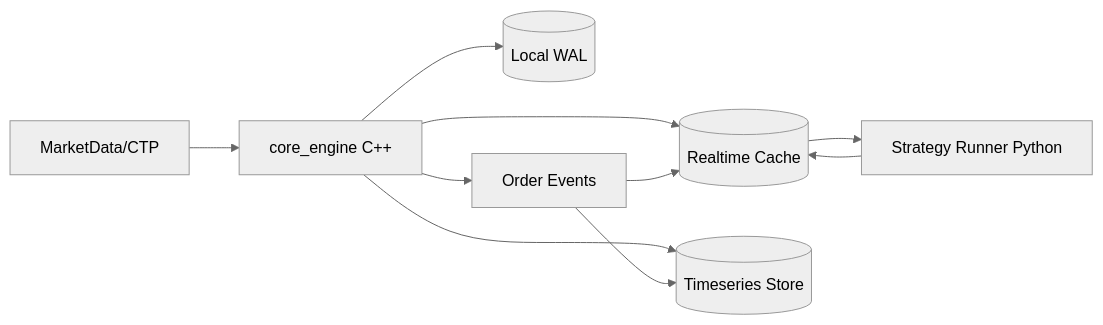
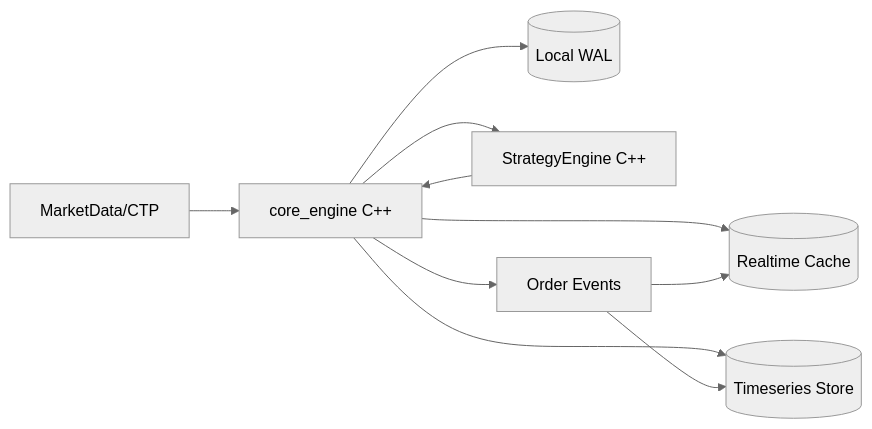
One commit to zhaofei0923/quant_platform_HF changed the first of 2 diagrams in develop/01-系统架构设计/01-01-整体架构图与技术栈选型.md. Above: the diagram before and after it, drawn with Mermaid (neutral theme). The commit also changed other lines of this file and 25 other files, not shown here.

````diff
--- a/develop/01-系统架构设计/01-01-整体架构图与技术栈选型.md
+++ b/develop/01-系统架构设计/01-01-整体架构图与技术栈选型.md
@@ -20,12 +16,12 @@
 ```mermaid
 flowchart LR
     MD[MarketData/CTP] --> CE[core_engine C++]
     CE --> RC[(Realtime Cache)]
     CE --> TS[(Timeseries Store)]
     CE --> WAL[(Local WAL)]
-    RC --> SR[Strategy Runner Python]
-    SR --> RC
+    CE --> SE[StrategyEngine C++]
+    SE --> CE
     CE --> OE[Order Events]
     OE --> RC
     OE --> TS
 ```
````
